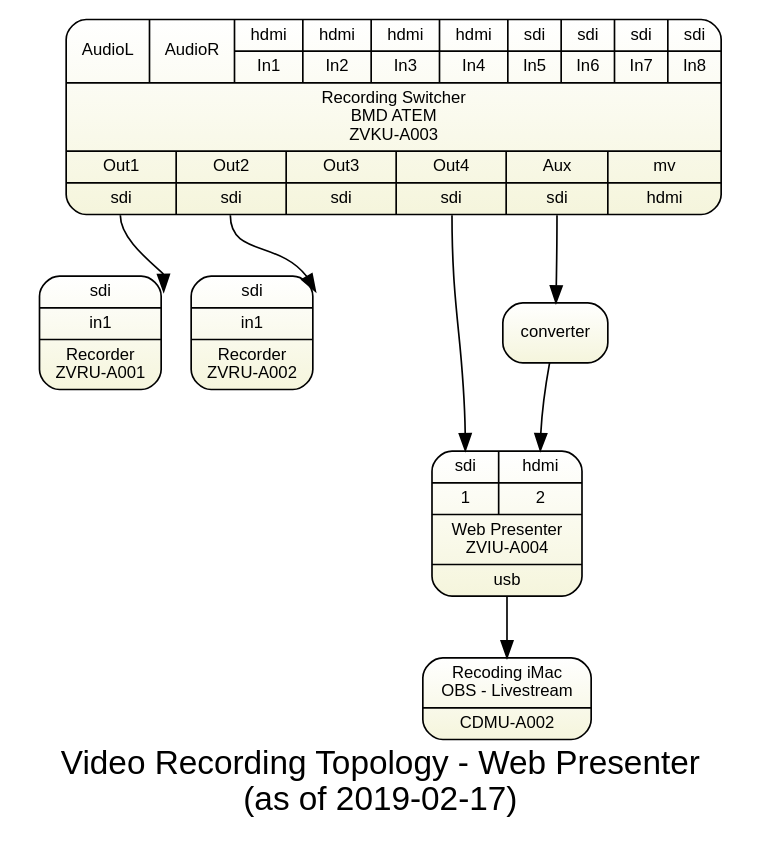
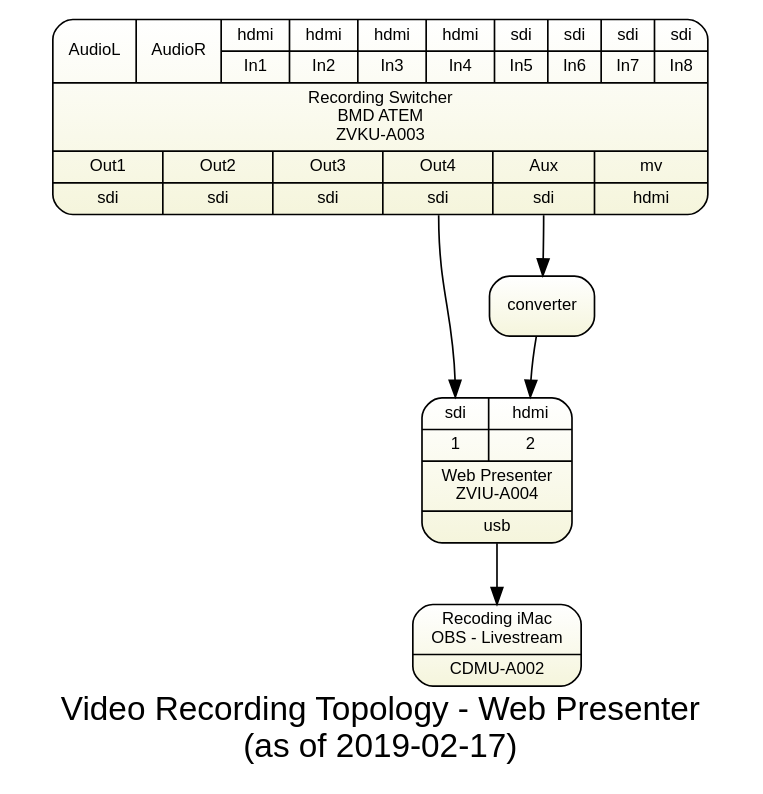
The diagram in sdv-topology6-rec-wp.gv (avmaint/uactechdoc), drawn with Graphviz before and after one commit. The commit also changed 7 other files, not shown here.

```diff
--- a/sdv-topology6-rec-wp.gv
+++ b/sdv-topology6-rec-wp.gv
@@ -1,54 +1,34 @@
 digraph webpresenter { 
   
 graph [overlap = true, fontsize = 20, 
       label="Video Recording Topology - Web Presenter\n(as of 2019-02-17)",
       fontname = Helvetica, bgcolor=white
       ]
  
 node [shape = Mrecord style=filled , fillcolor="white:beige"  , fontsize = 10,
       gradientangle=270 fontname = Helvetica ]
       
 rswitch [
   tooltip="BMD ATEM Television Studio Pro HD"
 
   label="{
     {{<al>AudioL}|{<ar>AudioR}|
       {<i1>hdmi|In1}|{<i2>hdmi|In2}|{<i3>hdmi|In3}|{<i4>hdmi|In4}
       |{<i5>sdi|In5}|{<i6>sdi|In6}|{<i7>sdi|In7}|{<i8>sdi|In8}}
       |Recording Switcher\nBMD ATEM\nZVKU-A003|
       {{Out1|<o1>sdi}|{Out2|<o2>sdi}|{Out3|<o3>sdi}|{Out4|<o4>sdi}|{Aux|<aux>sdi}|{mv|<mv>hdmi}}
     }"
 ]
 
-recorder1 [
-  label="{
-    <i1>sdi|in1
-    |Recorder\nZVRU-A001 
-    }"
-  tooltip="BMD Hyperdeck Studio Mini"
-]
-
-recorder2 [
-  label="{
-    <i1>sdi|in1
-    |Recorder\nZVRU-A002 
-    }"
-  tooltip="BMD Hyperdeck Studio Mini"
-]
-
 wp [label="{{ {<i1>sdi|1 }|{<i2>hdmi|2} }|{Web Presenter \n ZVIU-A004}|{<usb>usb}}"]
 
 cdmua002 [label="{Recoding iMac\nOBS - Livestream|CDMU-A002}"]
  
 converter 
 
 rswitch:aux -> converter
 converter -> wp:i2
 rswitch:o4 -> wp:i1
  
 wp -> cdmua002
- 
-rswitch:o1 -> recorder1:i1 
-rswitch:o2 -> recorder2:i1 
-  
 } 
```
